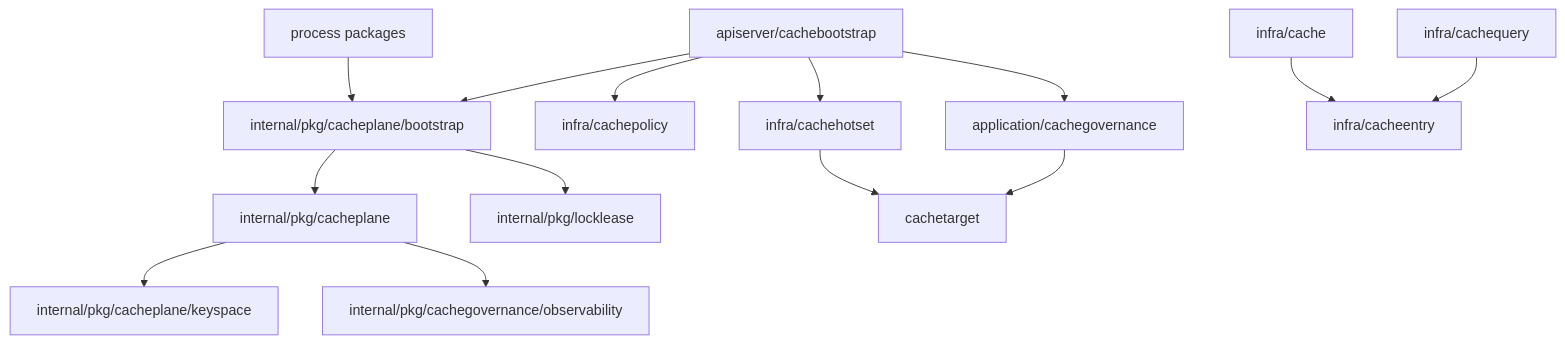
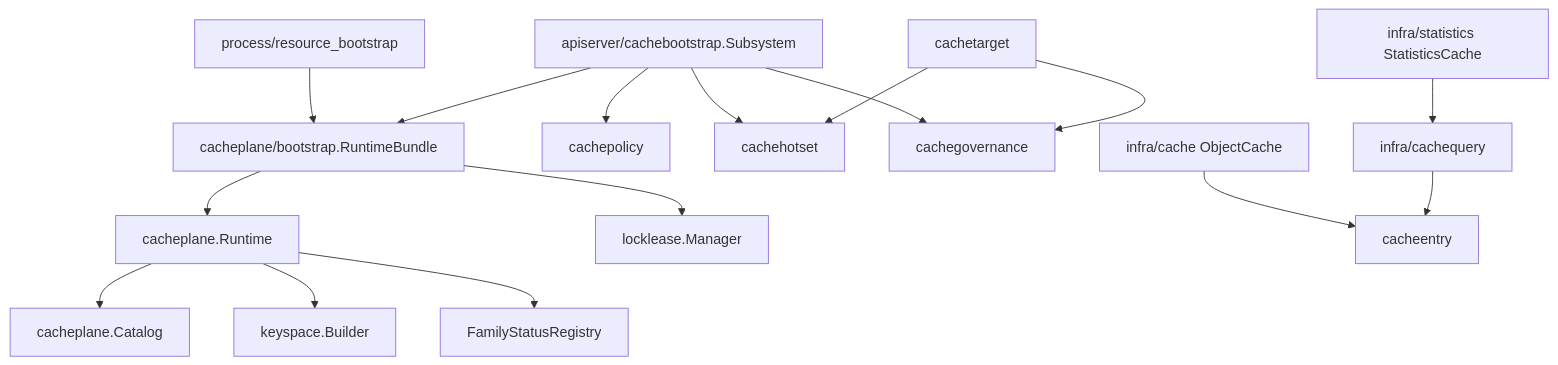
The third of 3 diagrams in docs/03-基础设施/redis/00-整体架构.md (FangcunMount/qs-server), drawn with Mermaid before and after one commit. The commit also changed other lines of this file and 10 other files, not shown here.

````diff
--- a/docs/03-基础设施/redis/00-整体架构.md
+++ b/docs/03-基础设施/redis/00-整体架构.md
@@ -109,18 +478,20 @@
 ```mermaid
 flowchart TD
-    Process["process packages"] --> CacheBootstrap["internal/pkg/cacheplane/bootstrap"]
-    CacheBootstrap --> CachePlane["internal/pkg/cacheplane"]
-    CacheBootstrap --> LockLease["internal/pkg/locklease"]
-    CachePlane --> CacheKeyspace["internal/pkg/cacheplane/keyspace"]
-    CachePlane --> GovernanceObs["internal/pkg/cachegovernance/observability"]
+    process["process/resource_bootstrap"] --> runtimeBundle["cacheplane/bootstrap.RuntimeBundle"]
+    runtimeBundle --> runtime["cacheplane.Runtime"]
+    runtimeBundle --> lock["locklease.Manager"]
+    runtime --> catalog["cacheplane.Catalog"]
+    runtime --> keyspace["keyspace.Builder"]
+    runtime --> status["FamilyStatusRegistry"]
 
-    APICache["apiserver/cachebootstrap"] --> CacheBootstrap
-    APICache --> CachePolicy["infra/cachepolicy"]
-    APICache --> CacheHotset["infra/cachehotset"]
-    APICache --> CacheGov["application/cachegovernance"]
+    apiCache["apiserver/cachebootstrap.Subsystem"] --> runtimeBundle
+    apiCache --> policy["cachepolicy"]
+    apiCache --> hotset["cachehotset"]
+    apiCache --> gov["cachegovernance"]
 
-    CacheObj["infra/cache"] --> CacheEntry["infra/cacheentry"]
-    CacheQuery["infra/cachequery"] --> CacheEntry
-    CacheHotset --> CacheTarget["cachetarget"]
-    CacheGov --> CacheTarget
+    object["infra/cache ObjectCache"] --> entry["cacheentry"]
+    query["infra/cachequery"] --> entry
+    stats["infra/statistics StatisticsCache"] --> query
+    target["cachetarget"] --> hotset
+    target --> gov
 ```
````
